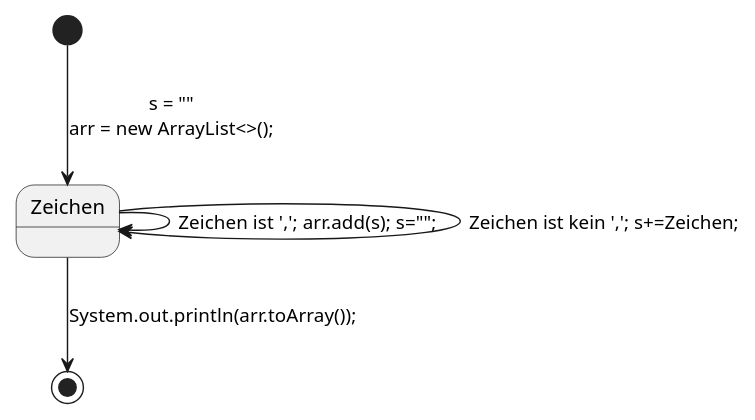
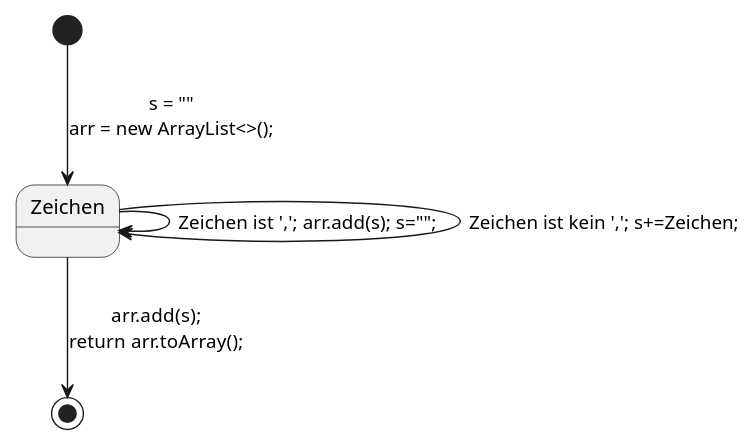
One commit to 1182-25-HTL3R/1182-25-HTL3R changed the diagram in ue03/src/csv/FSM_CSVReader.puml. Above: the diagram before and after it, drawn with PlantUML. The commit also changed 1 other file, not shown here.

```diff
--- a/ue03/src/csv/FSM_CSVReader.puml
+++ b/ue03/src/csv/FSM_CSVReader.puml
@@ -8,10 +8,10 @@
 @startuml
 'https://plantuml.com/state-diagram
 
 scale 500 width
 [*] --> Zeichen: s = ""\narr = new ArrayList<>();
 Zeichen --> Zeichen: Zeichen ist ','; arr.add(s); s="";\t
 Zeichen --> Zeichen: Zeichen ist kein ','; s+=Zeichen;
-Zeichen --> [*]: System.out.println(arr.toArray());
+Zeichen --> [*]: arr.add(s);\nreturn arr.toArray();
 
 @enduml
```
